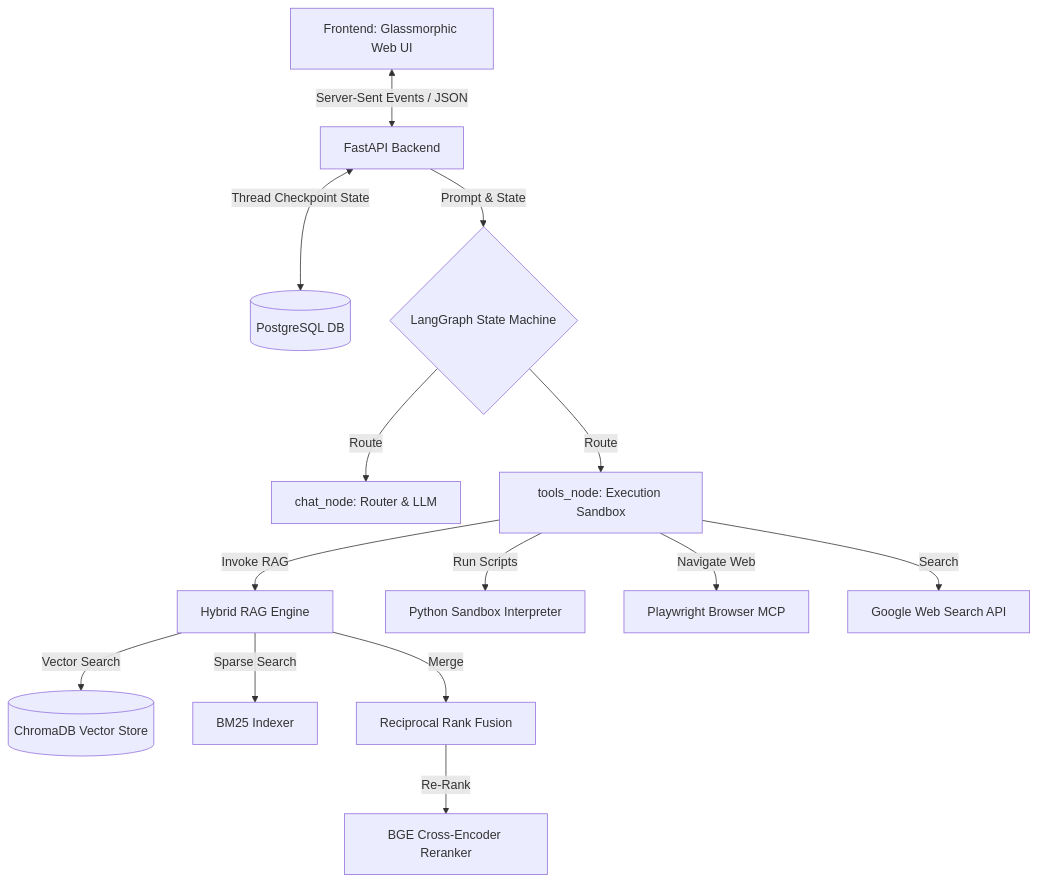
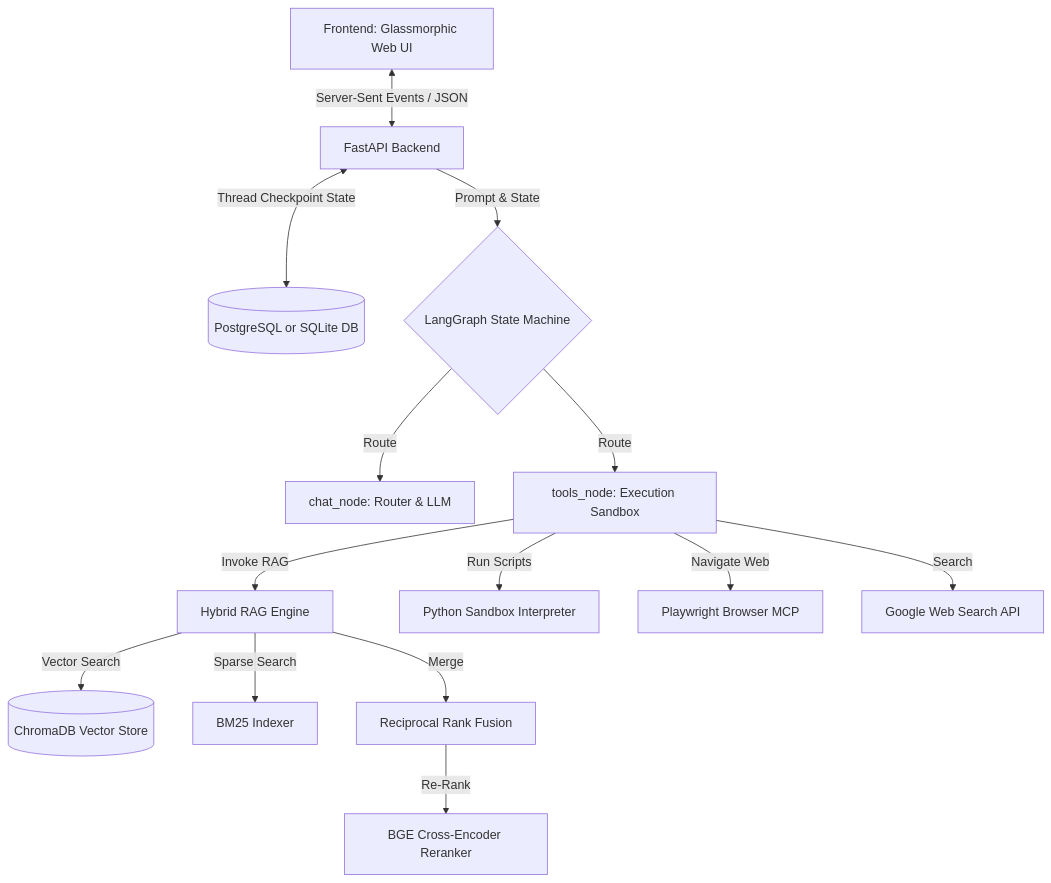
One commit to HARSH-GOHIL-git/financial-chatbot changed the diagram in README.md. Above: the diagram before and after it, drawn with Mermaid. The commit also changed other lines of this file and 9 other files, not shown here.

````diff
--- a/README.md
+++ b/README.md
@@ -51,19 +51,19 @@
 ```mermaid
 graph TD
     UI[Frontend: Glassmorphic Web UI] <-->|Server-Sent Events / JSON| API[FastAPI Backend]
-    API <-->|Thread Checkpoint State| Postgres[(PostgreSQL DB)]
+    API <-->|Thread Checkpoint State| DB[(PostgreSQL or SQLite DB)]
     API -->|Prompt & State| Graph{LangGraph State Machine}
     
     Graph -->|Route| ChatNode[chat_node: Router & LLM]
     Graph -->|Route| ToolNode[tools_node: Execution Sandbox]
     
     ToolNode -->|Invoke RAG| RAG[Hybrid RAG Engine]
     ToolNode -->|Run Scripts| Python[Python Sandbox Interpreter]
     ToolNode -->|Navigate Web| Playwright[Playwright Browser MCP]
     ToolNode -->|Search| WebSearch[Google Web Search API]
     
     RAG -->|Vector Search| Chroma[(ChromaDB Vector Store)]
     RAG -->|Sparse Search| BM25[BM25 Indexer]
     RAG -->|Merge| RRF[Reciprocal Rank Fusion]
     RRF -->|Re-Rank| CrossEncoder[BGE Cross-Encoder Reranker]
 ```
````
